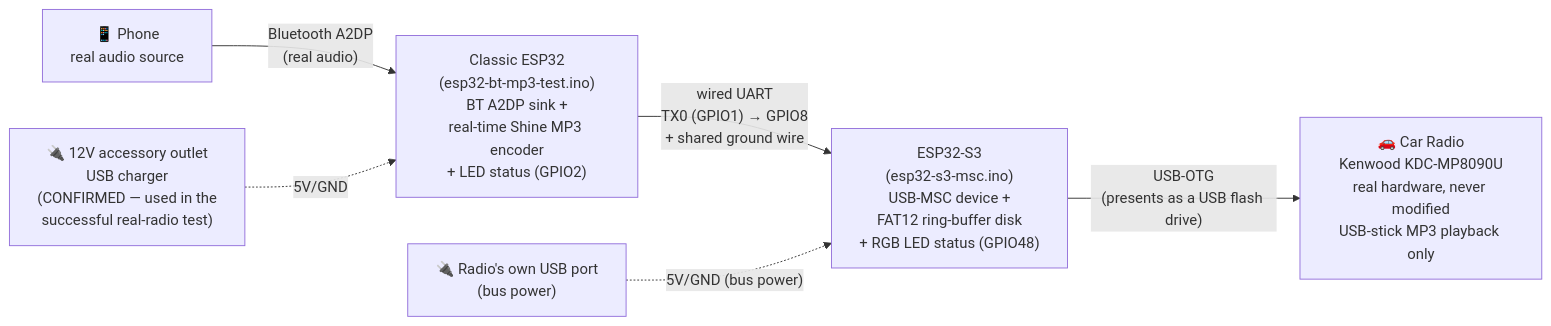
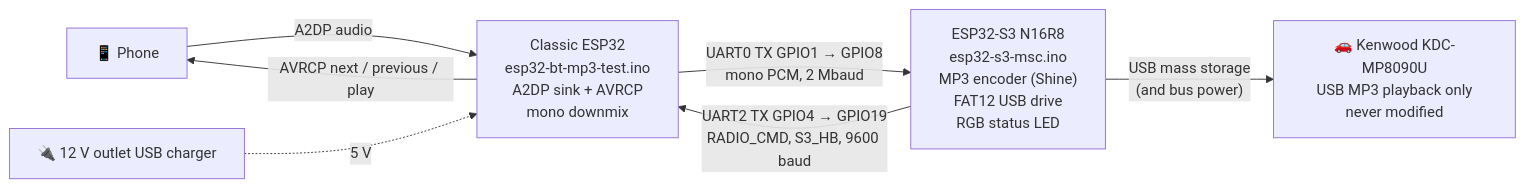
Before and after one commit to Silenttttttt/esp32-bt-usb-mp3-dongle: the first of 2 diagrams in ARCHITECTURE.md, drawn with Mermaid. The commit also changed other lines of this file and 6 other files, not shown here.

First line of the commit message:
Docs: rewrite README, ARCHITECTURE, CLAUDE.md for v2; mark pre-S3 runbooks historical

````diff
--- a/ARCHITECTURE.md
+++ b/ARCHITECTURE.md
@@ -16,15 +13,15 @@
 ```mermaid
 graph LR
-    Phone["📱 Phone<br/>real audio source"]
-    Classic["Classic ESP32<br/>(esp32-bt-mp3-test.ino)<br/>BT A2DP sink +<br/>real-time Shine MP3 encoder<br/>+ LED status (GPIO2)"]
-    S3["ESP32-S3<br/>(esp32-s3-msc.ino)<br/>USB-MSC device +<br/>FAT12 ring-buffer disk<br/>+ RGB LED status (GPIO48)"]
-    Radio["🚗 Car Radio<br/>Kenwood KDC-MP8090U<br/>real hardware, never modified<br/>USB-stick MP3 playback only"]
-    PowerA["🔌 12V accessory outlet<br/>USB charger<br/>(CONFIRMED — used in the<br/>successful real-radio test)"]
-    PowerB["🔌 Radio's own USB port<br/>(bus power)"]
+    Phone["📱 Phone"]
+    Classic["Classic ESP32<br/>esp32-bt-mp3-test.ino<br/>A2DP sink + AVRCP<br/>mono downmix"]
+    S3["ESP32-S3 N16R8<br/>esp32-s3-msc.ino<br/>MP3 encoder (Shine)<br/>FAT12 USB drive<br/>RGB status LED"]
+    Radio["🚗 Kenwood KDC-MP8090U<br/>USB MP3 playback only<br/>never modified"]
+    PowerA["🔌 12 V outlet USB charger"]
 
-    Phone -- "Bluetooth A2DP<br/>(real audio)" --> Classic
-    Classic -- "wired UART<br/>TX0 (GPIO1) → GPIO8<br/>+ shared ground wire" --> S3
-    S3 -- "USB-OTG<br/>(presents as a USB flash drive)" --> Radio
-    PowerA -. "5V/GND" .-> Classic
-    PowerB -. "5V/GND (bus power)" .-> S3
+    Phone -- "A2DP audio" --> Classic
+    Classic -- "AVRCP next / previous / play" --> Phone
+    Classic -- "UART0 TX GPIO1 → GPIO8<br/>mono PCM, 2 Mbaud" --> S3
+    S3 -- "UART2 TX GPIO4 → GPIO19<br/>RADIO_CMD, S3_HB, 9600 baud" --> Classic
+    S3 -- "USB mass storage<br/>(and bus power)" --> Radio
+    PowerA -. "5 V" .-> Classic
 ```
````
